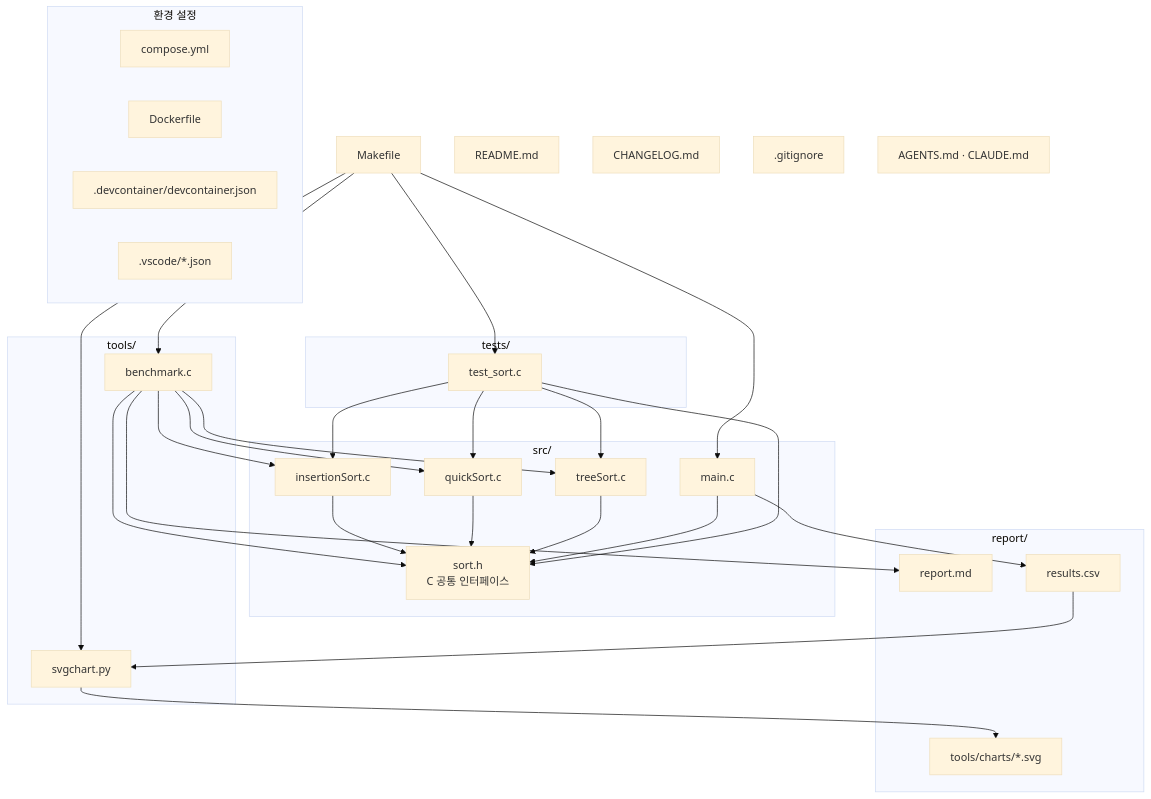
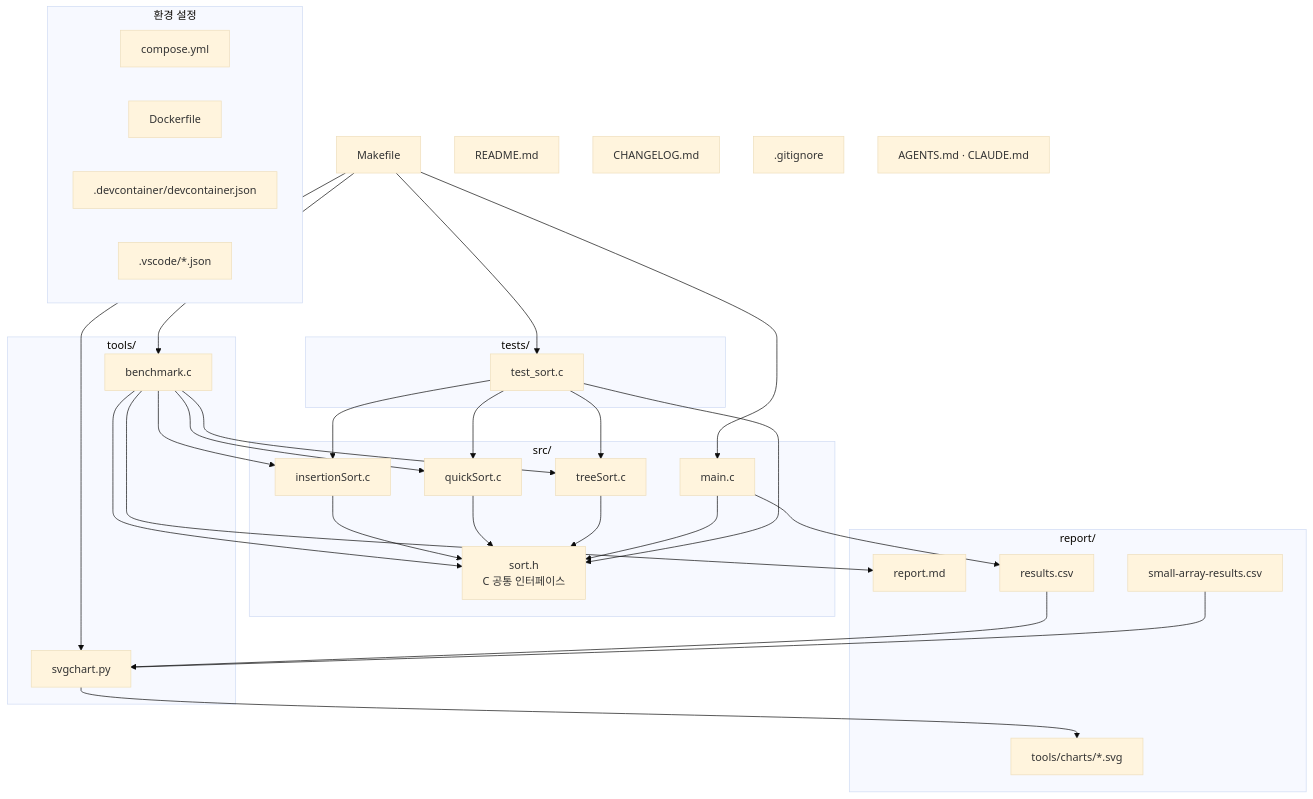
Before and after one commit to ramzz527/hw1-2026-SeminAhn: the first of 9 diagrams in report/report.md, drawn with Mermaid (base theme). The commit also changed other lines of this file and 5 other files, not shown here.

````diff
--- a/report/report.md
+++ b/report/report.md
@@ -41,53 +41,55 @@
 ```mermaid
 flowchart TB
     make["Makefile"]
     subgraph reportdir["report/"]
         report["report.md"]
         results["results.csv"]
+        smallResults["small-array-results.csv"]
         charts["tools/charts/*.svg"]
     end
     readme["README.md"]
     changelog["CHANGELOG.md"]
     gitignore[".gitignore"]
     instructions["AGENTS.md · CLAUDE.md"]
     subgraph environment["환경 설정"]
         compose["compose.yml"]
         dockerfile["Dockerfile"]
         devcontainer[".devcontainer/devcontainer.json"]
         vscode[".vscode/*.json"]
     end
     subgraph src["src/"]
         header["sort.h\nC 공통 인터페이스"]
         insertion["insertionSort.c"]
         quick["quickSort.c"]
         tree["treeSort.c"]
         main["main.c"]
     end
     subgraph tools["tools/"]
         benchmark["benchmark.c"]
         svgchart["svgchart.py"]
     end
     subgraph tests["tests/"]
         test["test_sort.c"]
     end
     insertion --> header
     quick --> header
     tree --> header
     main --> header
     test --> header
     test --> insertion
     test --> quick
     test --> tree
     benchmark --> header
     benchmark --> insertion
     benchmark --> quick
     benchmark --> tree
     benchmark --> report
     main --> results
     results --> svgchart
+    smallResults --> svgchart
     svgchart --> charts
     make --> main
     make --> test
     make --> benchmark
     make --> svgchart
 ```
````
